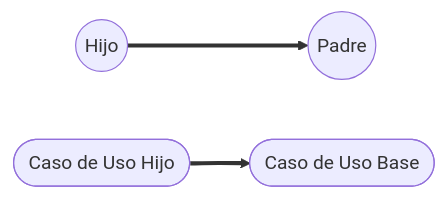
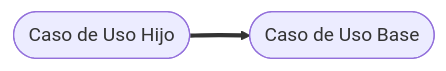
One commit to alegrelias/Repo-GMini changed the fourth of 22 diagrams in Gmini-MarkDown/Guanaco Mini.md. Above: the diagram before and after it, drawn with Mermaid. The commit also changed other lines of this file, not shown here.

Commit message:
Se agregan diagramas de CU actualizados al documento

````diff
--- a/Gmini-MarkDown/Guanaco Mini.md
+++ b/Gmini-MarkDown/Guanaco Mini.md
@@ -559,10 +559,6 @@
 ```mermaid
 flowchart LR
-Padre((Padre))
-Hijo((Hijo))
 CU1([Caso de Uso Base])
 CU2([Caso de Uso Hijo])
-
-Hijo ==> Padre
 CU2 ==> CU1
 ```
````
